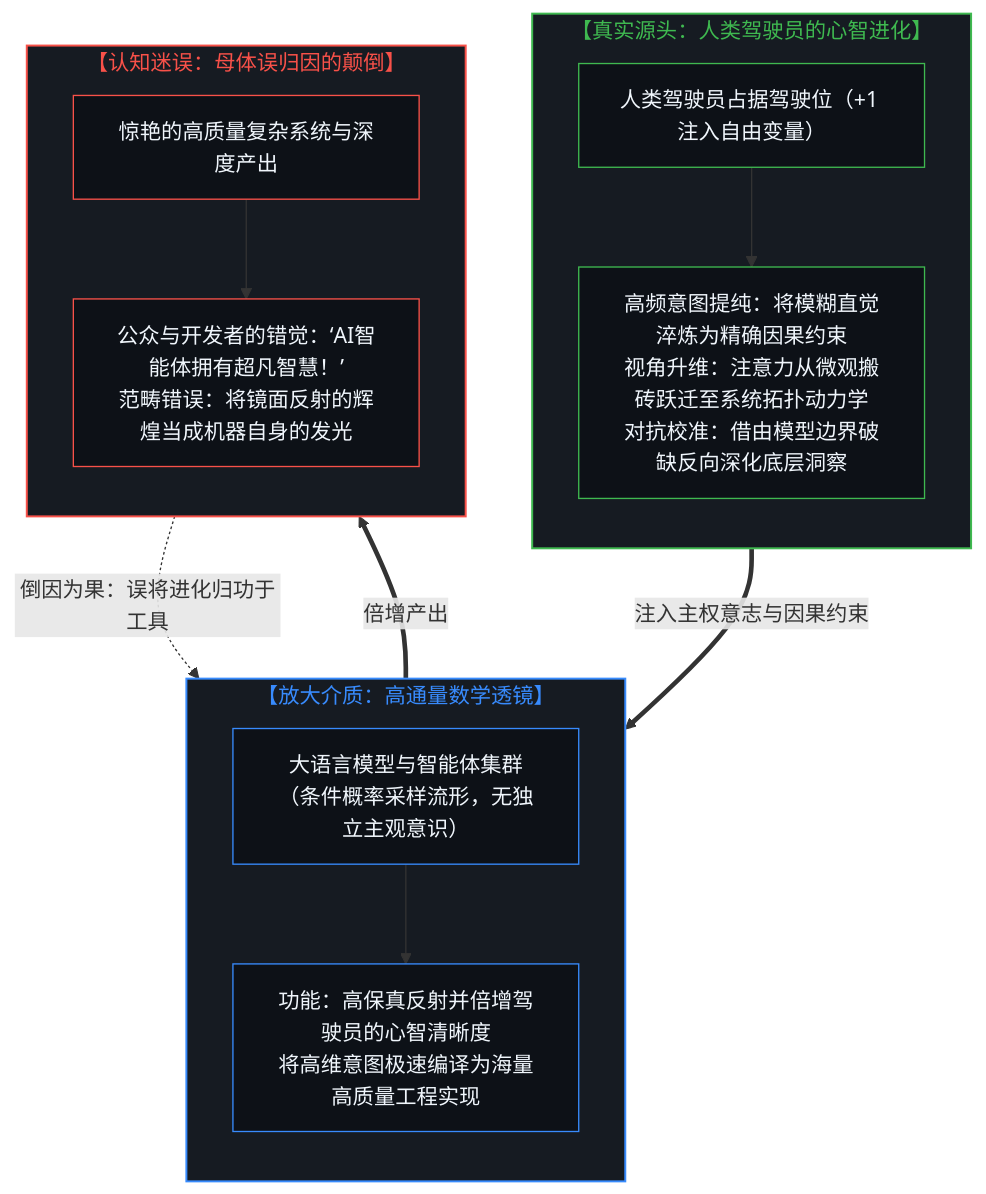
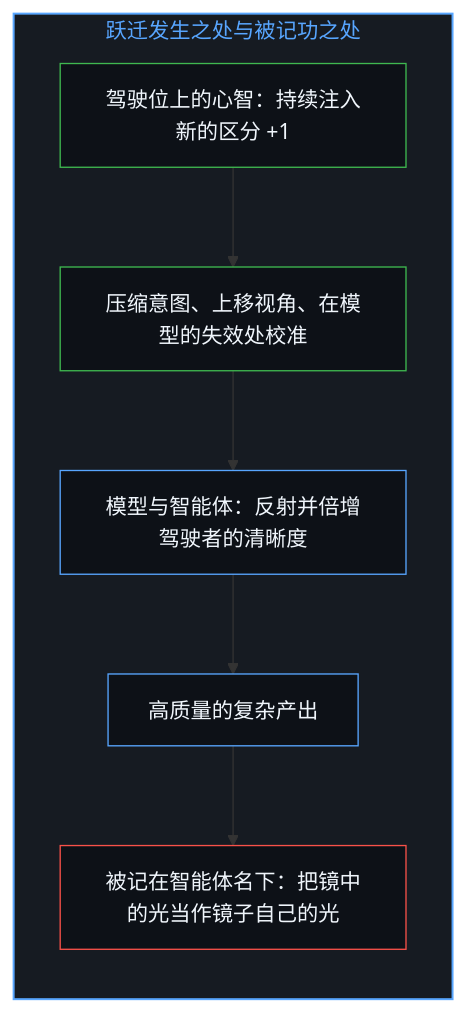
The fifth of 10 diagrams in content/posts/the-inversion-of-the-harness-and-the-driver-seat-asymmetry.md (powerpig99/not-a-toe), drawn with Mermaid before and after one commit. The commit also changed other lines of this file and 2 other files, not shown here.

Commit message:
Refine the-inversion-of-the-harness: alternating bilingual layout, five paired diagrams, stances not kinds of people, implicit first person

````diff
--- a/content/posts/the-inversion-of-the-harness-and-the-driver-seat-asymmetry.md
+++ b/content/posts/the-inversion-of-the-harness-and-the-driver-seat-asymmetry.md
@@ -139,37 +143,22 @@
 ```mermaid
-graph TD
-    subgraph S_HumanDriver["【真实源头：人类驾驶员的心智进化】"]
+flowchart TD
+    subgraph S_Credit["跃迁发生之处与被记功之处"]
         direction TB
-        H1["人类驾驶员占据驾驶位（+1 注入自由变量）"]
-        H2["高频意图提纯：将模糊直觉淬炼为精确因果约束<br/>视角升维：注意力从微观搬砖跃迁至系统拓扑动力学<br/>对抗校准：借由模型边界破缺反向深化底层洞察"]
-        H1 --> H2
+        Driver["驾驶位上的心智：持续注入新的区分 +1"]
+        Grow["压缩意图、上移视角、在模型的失效处校准"]
+        Mirror["模型与智能体：反射并倍增驾驶者的清晰度"]
+        Output["高质量的复杂产出"]
+        Credit["被记在智能体名下：把镜中的光当作镜子自己的光"]
+        Driver --> Grow
+        Grow --> Mirror
+        Mirror --> Output
+        Output --> Credit
     end
 
-    subgraph S_MathMirror["【放大介质：高通量数学透镜】"]
-        direction TB
-        M1["大语言模型与智能体集群<br/>（条件概率采样流形，无独立主观意识）"]
-        M2["功能：高保真反射并倍增驾驶员的心智清晰度<br/>将高维意图极速编译为海量高质量工程实现"]
-        M1 --> M2
-    end
-
-    subgraph S_Misattribution["【认知迷误：母体误归因的颠倒】"]
-        direction TB
-        E1["惊艳的高质量复杂系统与深度产出"]
-        E2["公众与开发者的错觉：‘AI智能体拥有超凡智慧！’<br/>范畴错误：将镜面反射的辉煌当成机器自身的发光"]
-        E1 --> E2
-    end
-
-    H2 ==>|"注入主权意志与因果约束"| M1
-    M2 ==>|"倍增产出"| E1
-    E2 -.->|"倒因为果：误将进化归功于工具"| M1
-
-    style S_HumanDriver fill:#161b22,stroke:#3fb950,stroke-width:1.5px,color:#3fb950
-    style S_MathMirror fill:#161b22,stroke:#388bfd,stroke-width:1.5px,color:#388bfd
-    style S_Misattribution fill:#161b22,stroke:#f85149,stroke-width:1.5px,color:#f85149
-    style H1 fill:#0d1117,stroke:#3fb950,stroke-width:1px,color:#f0f6fc
-    style H2 fill:#0d1117,stroke:#3fb950,stroke-width:1px,color:#f0f6fc
-    style M1 fill:#0d1117,stroke:#388bfd,stroke-width:1px,color:#f0f6fc
-    style M2 fill:#0d1117,stroke:#388bfd,stroke-width:1px,color:#f0f6fc
-    style E1 fill:#0d1117,stroke:#f85149,stroke-width:1px,color:#f0f6fc
-    style E2 fill:#0d1117,stroke:#f85149,stroke-width:1px,color:#f0f6fc
+    style S_Credit fill:#161b22,stroke:#58a6ff,stroke-width:1.5px,color:#58a6ff
+    style Driver fill:#0d1117,stroke:#3fb950,stroke-width:1px,color:#f0f6fc
+    style Grow fill:#0d1117,stroke:#3fb950,stroke-width:1px,color:#f0f6fc
+    style Mirror fill:#0d1117,stroke:#58a6ff,stroke-width:1px,color:#f0f6fc
+    style Output fill:#0d1117,stroke:#58a6ff,stroke-width:1px,color:#f0f6fc
+    style Credit fill:#0d1117,stroke:#f85149,stroke-width:1px,color:#f0f6fc
 ```
````
